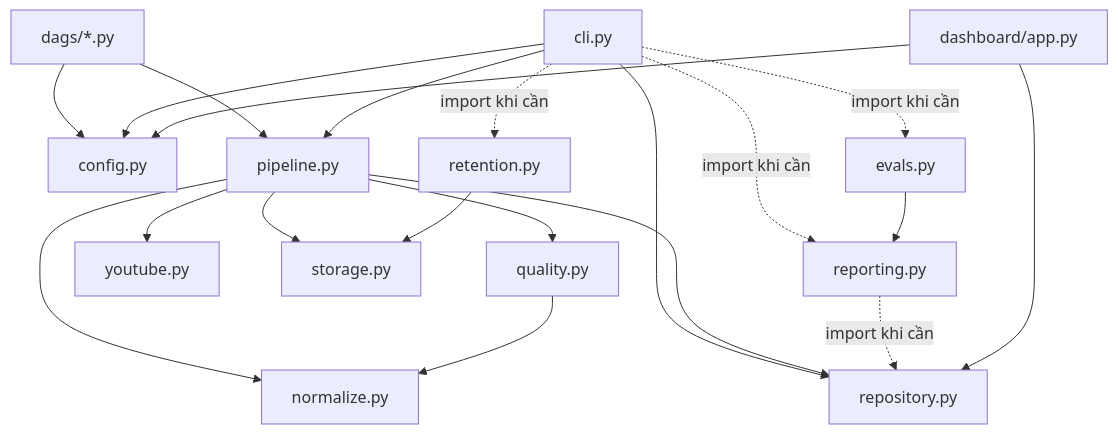
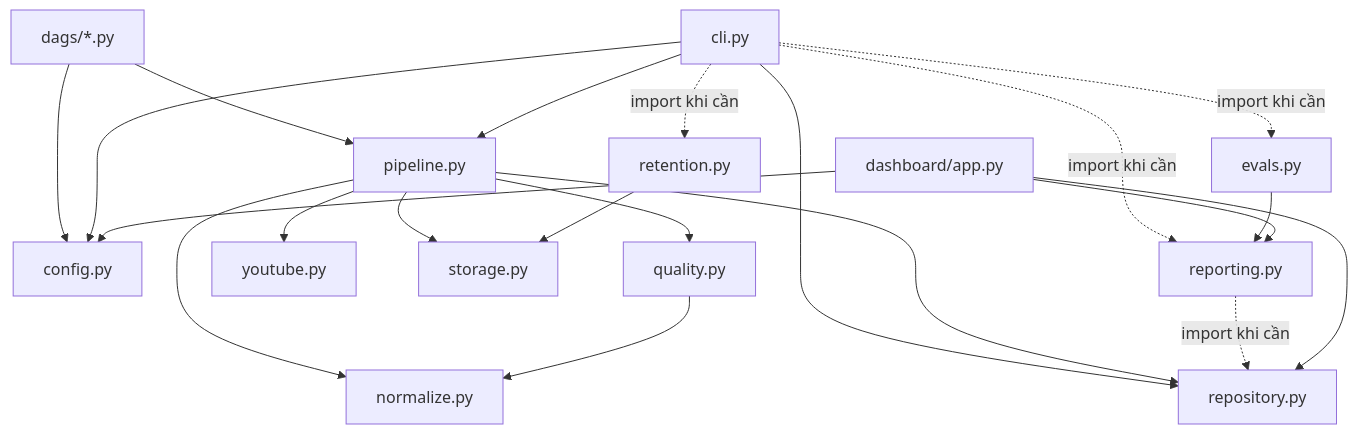
The sixth of 6 diagrams in learning.md (dt-thanh/YT_ELT), drawn with Mermaid before and after one commit. The commit also changed other lines of this file and 22 other files, not shown here.

````diff
--- a/learning.md
+++ b/learning.md
@@ -3507,22 +3558,23 @@
 ```mermaid
 flowchart TD
     DAGS[dags/*.py] --> CFG[config.py]
     DAGS --> PIPE[pipeline.py]
     CLI[cli.py] --> CFG
     CLI --> PIPE
     CLI --> REPO[repository.py]
     CLI -.import khi cần.-> REP[reporting.py]
     CLI -.import khi cần.-> EV[evals.py]
     CLI -.import khi cần.-> RET[retention.py]
     PIPE --> YT[youtube.py]
     PIPE --> NORM[normalize.py]
     PIPE --> STO[storage.py]
     PIPE --> QUAL[quality.py]
     PIPE --> REPO
     QUAL --> NORM
     REP -.import khi cần.-> REPO
     EV --> REP
     RET --> STO
     DASH[dashboard/app.py] --> CFG
     DASH --> REPO
+    DASH --> REP
 ```
````
